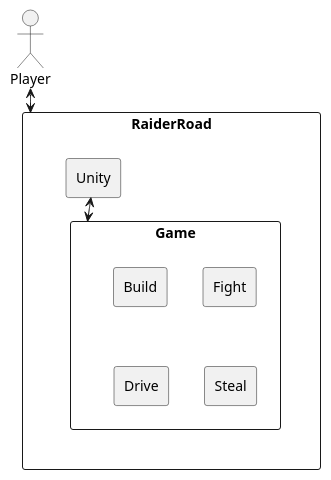
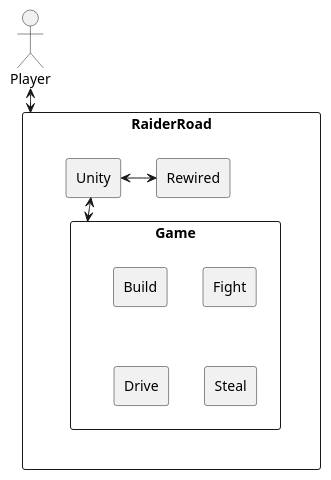
One commit to OutOfHandInteractive/RaiderRoad changed the diagram in RaiderRoad/Assets/Scripts/docs/SimpleArch.puml. Above: the diagram before and after it, drawn with PlantUML. The commit also changed 4 other files, not shown here.

```diff
--- a/RaiderRoad/Assets/Scripts/docs/SimpleArch.puml
+++ b/RaiderRoad/Assets/Scripts/docs/SimpleArch.puml
@@ -1,19 +1,21 @@
 @startuml
 '' SimpleArch
 
 actor Player
 
 rectangle RaiderRoad {
 	rectangle Unity
+	rectangle Rewired
 	rectangle Game {
 		rectangle Build
 		rectangle Fight
 		rectangle Drive
 		rectangle Steal
 	}
 }
 
 Player <--> RaiderRoad
 Unity <--> Game
+Unity <-> Rewired
 
 @enduml
```
